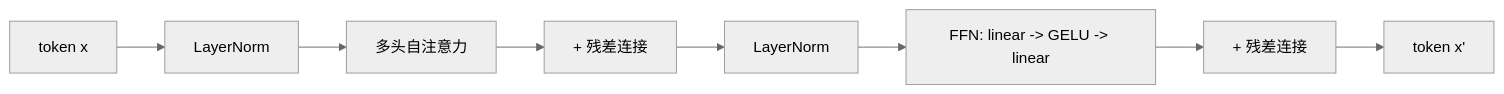
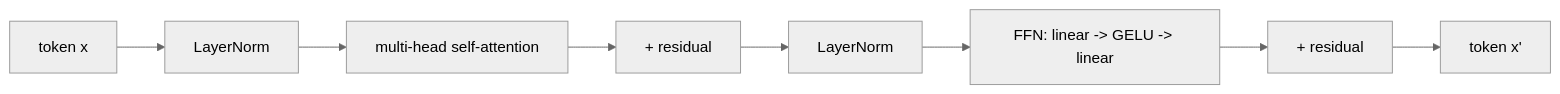
Before and after one commit to xiaojiaenen/ai-engineering-from-scratch-zh: the second of 2 diagrams in i18n/zh/phases/19-capstone-projects/59-vit-transformer/docs/zh.md, drawn with Mermaid (neutral theme). The commit also changed other lines of this file and 85 other files, not shown here.

````diff
--- a/i18n/zh/phases/19-capstone-projects/59-vit-transformer/docs/zh.md
+++ b/i18n/zh/phases/19-capstone-projects/59-vit-transformer/docs/zh.md
@@ -35,10 +35,10 @@
 ```mermaid
 flowchart LR
   Token[token x] --> N1[LayerNorm]
-  N1 --> Attn[多头自注意力]
-  Attn --> R1[+ 残差连接]
+  N1 --> Attn[multi-head self-attention]
+  Attn --> R1[+ residual]
   R1 --> N2[LayerNorm]
   N2 --> MLP[FFN: linear -> GELU -> linear]
-  MLP --> R2[+ 残差连接]
+  MLP --> R2[+ residual]
   R2 --> Out[token x']
 ```
````
